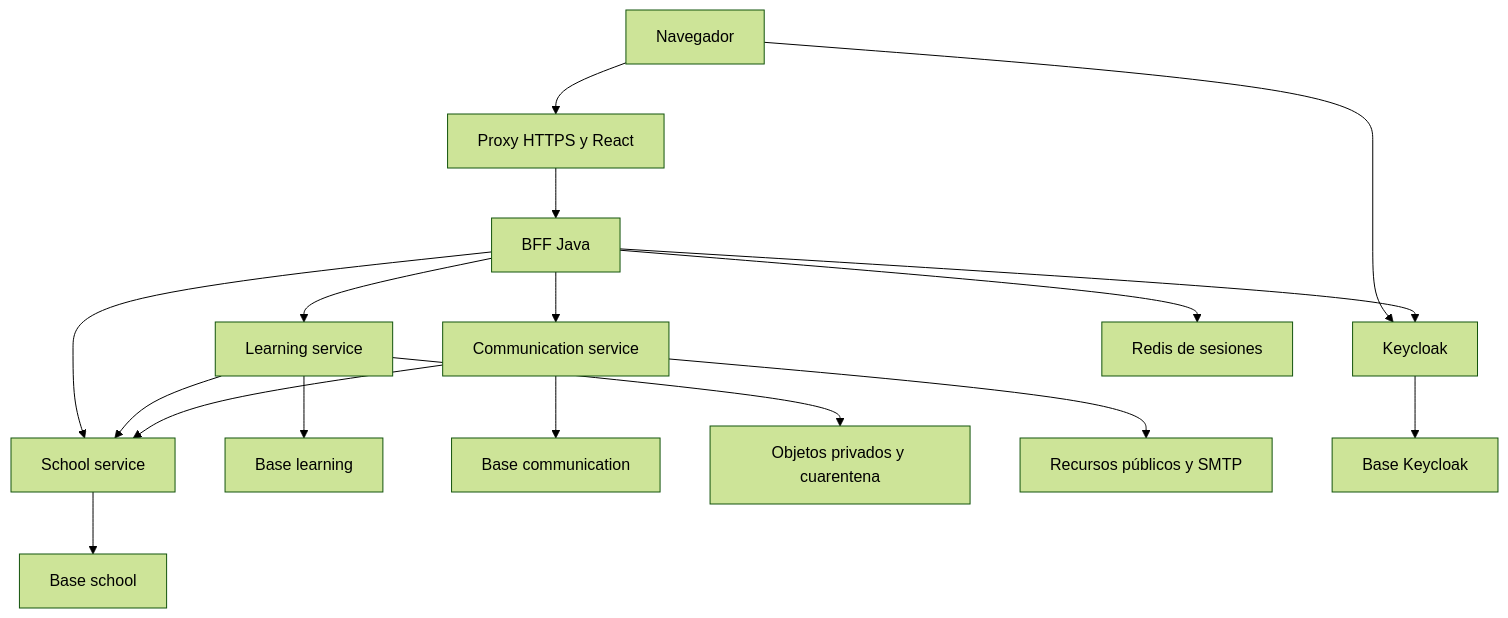
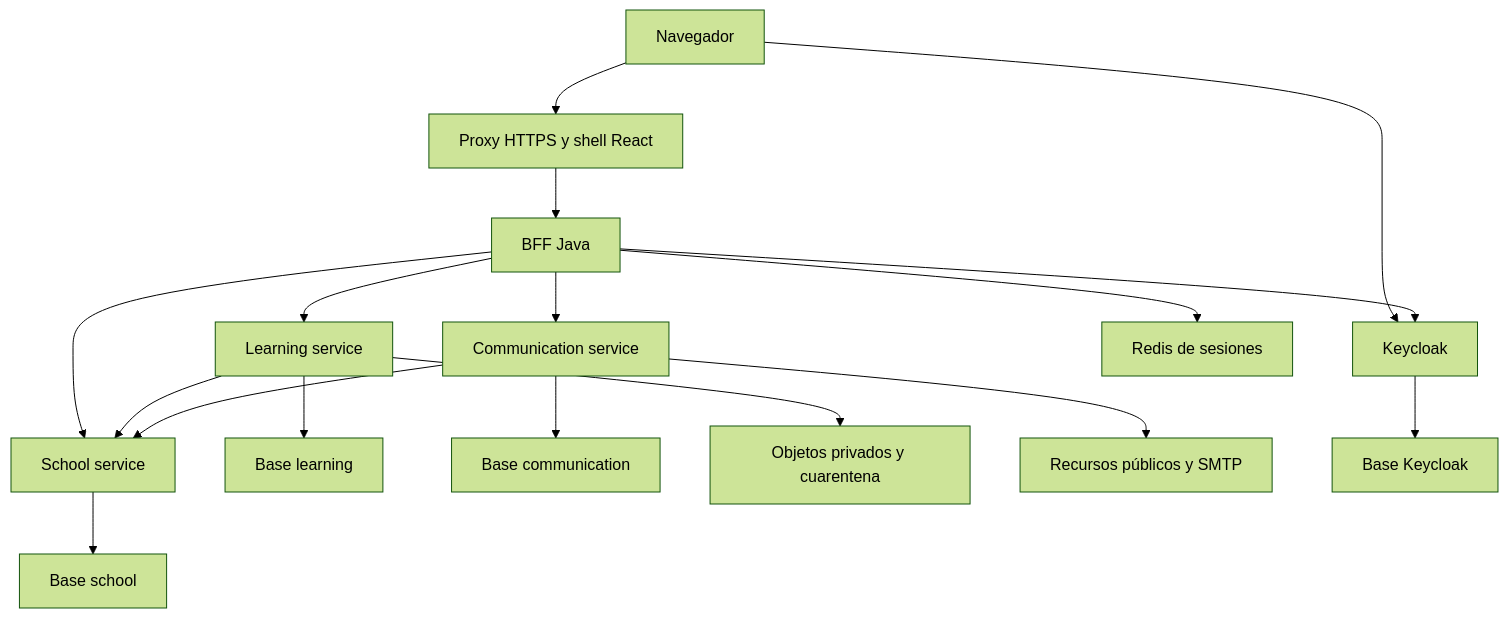
Before and after one commit to vmorenov/Vq-school-backend: the first of 3 diagrams in docs/02-arquitectura.md, drawn with Mermaid (forest theme). The commit also changed other lines of this file and 51 other files, not shown here.

````diff
--- a/docs/02-arquitectura.md
+++ b/docs/02-arquitectura.md
@@ -9,19 +9,19 @@
 ```mermaid
 flowchart TD
-    U["Navegador"] --> E["Proxy HTTPS y React"]
+    U["Navegador"] --> E["Proxy HTTPS y shell React"]
     E --> B["BFF Java"]
     U --> K["Keycloak"]
     B --> K
     B --> S["School service"]
     B --> L["Learning service"]
     B --> C["Communication service"]
     L --> S
     C --> S
     S --> D1["Base school"]
     L --> D2["Base learning"]
     C --> D3["Base communication"]
     L --> O["Objetos privados y cuarentena"]
     C --> P["Recursos públicos y SMTP"]
     B --> R["Redis de sesiones"]
     K --> D4["Base Keycloak"]
 ```
````
